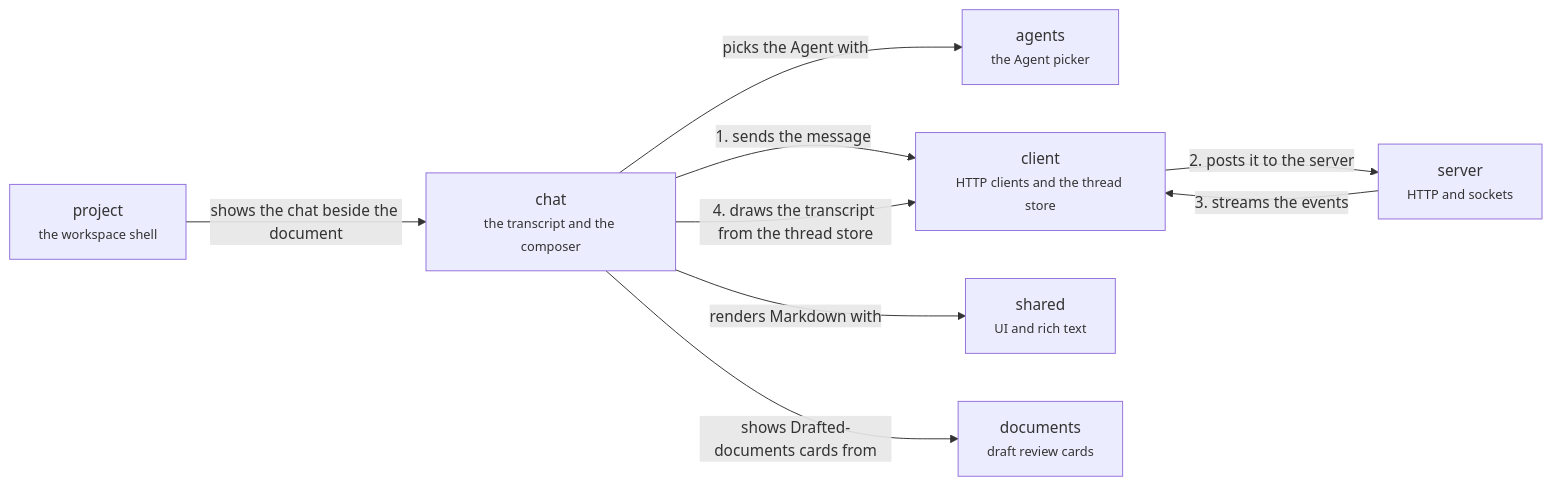
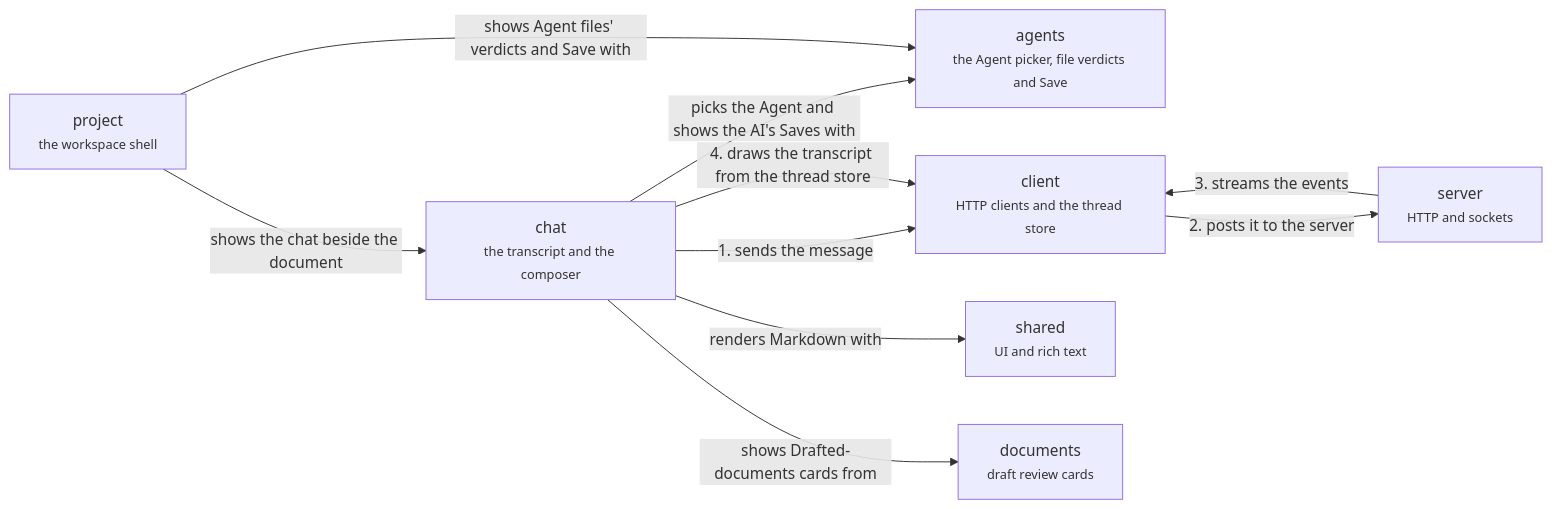
Before and after one commit to haowjy/meridian-flow: the diagram in .context/system-architecture/app-conversation.md, drawn with Mermaid. The commit also changed other lines of this file and 241 other files, not shown here.

````diff
--- a/.context/system-architecture/app-conversation.md
+++ b/.context/system-architecture/app-conversation.md
@@ -5,18 +5,19 @@
 ```mermaid
 flowchart LR
   chat["chat<br/><small>the transcript and the composer</small>"]:::feature
-  agents["agents<br/><small>the Agent picker</small>"]:::feature
+  agents["agents<br/><small>the Agent picker, file verdicts and Save</small>"]:::feature
   project["project<br/><small>the workspace shell</small>"]:::context
   client["client<br/><small>HTTP clients and the thread store</small>"]:::context
   shared["shared<br/><small>UI and rich text</small>"]:::context
   documents["documents<br/><small>draft review cards</small>"]:::context
   server["server<br/><small>HTTP and sockets</small>"]:::context
   chat -->|"1. sends the message"| client
   client -->|"2. posts it to the server"| server
   server -->|"3. streams the events"| client
   chat -->|"4. draws the transcript from the thread store"| client
-  chat -->|"picks the Agent with"| agents
+  chat -->|"picks the Agent and shows the AI's Saves with"| agents
   project -->|"shows the chat beside the document"| chat
+  project -->|"shows Agent files' verdicts and Save with"| agents
   chat -->|"renders Markdown with"| shared
   chat -->|"shows Drafted-documents cards from"| documents
 ```
````
